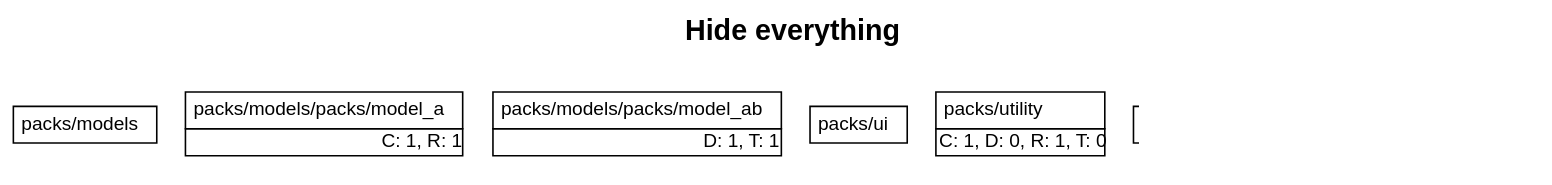
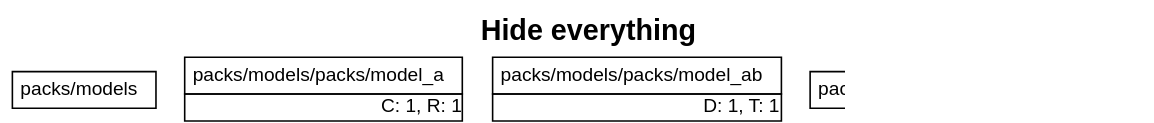
The diagram in spec/sample_app1/test_output/no_to_all.dot (rubyatscale/visualize_packs), drawn with Graphviz before and after one commit. The commit also changed 13 other files, not shown here.

```diff
--- a/spec/sample_app1/test_output/no_to_all.dot
+++ b/spec/sample_app1/test_output/no_to_all.dot
@@ -1,118 +1,111 @@
 digraph package_diagram {
   rankdir=TD
   graph [
     labelloc="t"
     fontname="Helvetica,Arial,sans-serif"
     dpi=100
     layout=dot
     label=<<b>Hide everything</b>>
     fontsize=18
   ]
   node [
     fontname="Helvetica,Arial,sans-serif"
     fontsize=26.0
     fontcolor=black
     fillcolor=white
     color=black
     height=1.0
     style=filled
     shape=plain
   ]
     subgraph app {
       shape=box
       color=darkgrey
       fillcolor=lightblue
       style=filled
         cluster=false
         "packs/models" [
             fontsize=12.0
               URL="https://github.com/rubyatscale/visualize_packwerk/tree/main/spec/sample_app/packs/models"
 
             label= <
                 <table border='0' cellborder='1' cellspacing='0' cellpadding='4'>
                   <tr> <td align='left'> packs/models </td> </tr>
                 </table>
               >
           ]
         
         "packs/models/packs/model_a" [
             fontsize=12.0
               URL="https://github.com/rubyatscale/visualize_packwerk/tree/main/spec/sample_app/packs/models/packs/model_a"
 
             label= <
                 <table border='0' cellborder='1' cellspacing='0' cellpadding='4'>
                   <tr> <td align='left'> packs/models/packs/model_a </td> </tr>
                   <tr><td CELLPADDING='1' ALIGN='RIGHT'>C: 1, R: 1</td></tr>
                 </table>
               >
           ]
         
         "packs/models/packs/model_ab" [
             fontsize=12.0
               URL="https://github.com/rubyatscale/visualize_packwerk/tree/main/spec/sample_app/packs/models/packs/model_ab"
 
             label= <
                 <table border='0' cellborder='1' cellspacing='0' cellpadding='4'>
                   <tr> <td align='left'> packs/models/packs/model_ab </td> </tr>
                   <tr><td CELLPADDING='1' ALIGN='RIGHT'>D: 1, T: 1</td></tr>
                 </table>
               >
           ]
         
         "packs/ui" [
             fontsize=12.0
               URL="https://github.com/rubyatscale/visualize_packwerk/tree/main/spec/sample_app/packs/ui"
 
             label= <
                 <table border='0' cellborder='1' cellspacing='0' cellpadding='4'>
                   <tr> <td align='left'> packs/ui </td> </tr>
                 </table>
               >
           ]
         
     }
     subgraph utilities {
       shape=box
       color=darkgrey
       fillcolor=lightblue
       style=filled
         cluster=false
         "packs/utility" [
             fontsize=12.0
               URL="https://github.com/rubyatscale/visualize_packwerk/tree/main/spec/sample_app/packs/utility"
 
             label= <
                 <table border='0' cellborder='1' cellspacing='0' cellpadding='4'>
                   <tr> <td align='left'> packs/utility </td> </tr>
                   <tr><td CELLPADDING='1' ALIGN='RIGHT'>C: 1, D: 0, R: 1, T: 0</td></tr>
                 </table>
               >
           ]
         
     }
     subgraph NotInLayer {
       shape=box
       color=darkgrey
       fillcolor=lightblue
       style=filled
         cluster=false
         "." [
             fontsize=12.0
               URL="https://github.com/rubyatscale/visualize_packwerk/tree/main/spec/sample_app/"
 
             label= <
                 <table border='0' cellborder='1' cellspacing='0' cellpadding='4'>
                   <tr> <td align='left'> . </td> </tr>
                 </table>
               >
           ]
         
     }
-    subgraph cluster_legend {
-      fontsize=16
-      label="Edges Styles and Arrow Heads"
-      LEGEND_NODE_1 [ label="" peripheries=0 height=0 width=0 style=invis ]
-      LEGEND_NODE_2 [ label="" peripheries=0 height=0 width=0 style=invis ]
-      LEGEND_NODE_1 -> LEGEND_NODE_2 [ style=invis ]
-    }
 }
```
